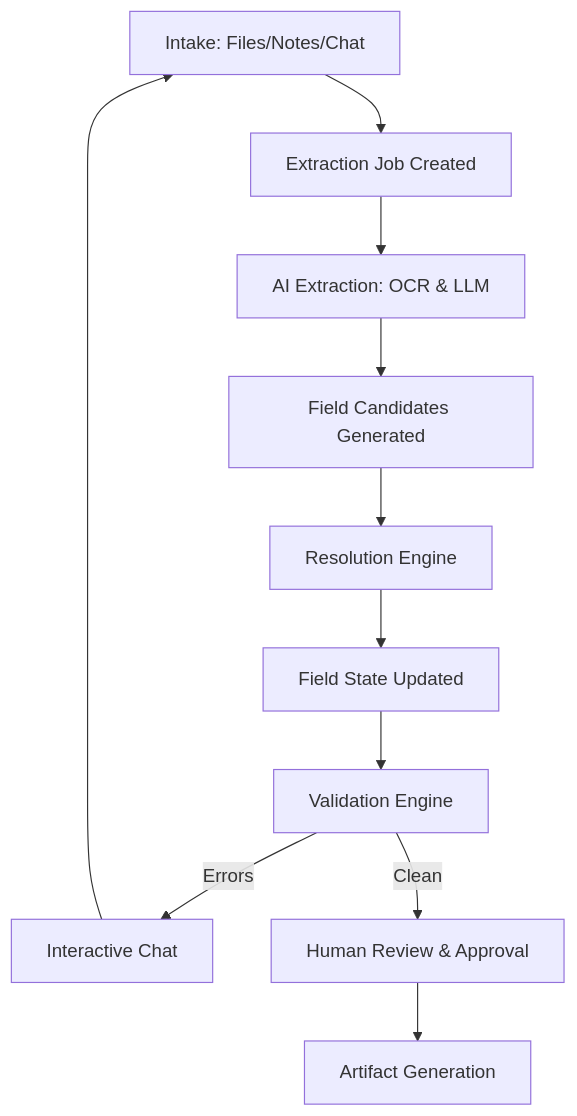
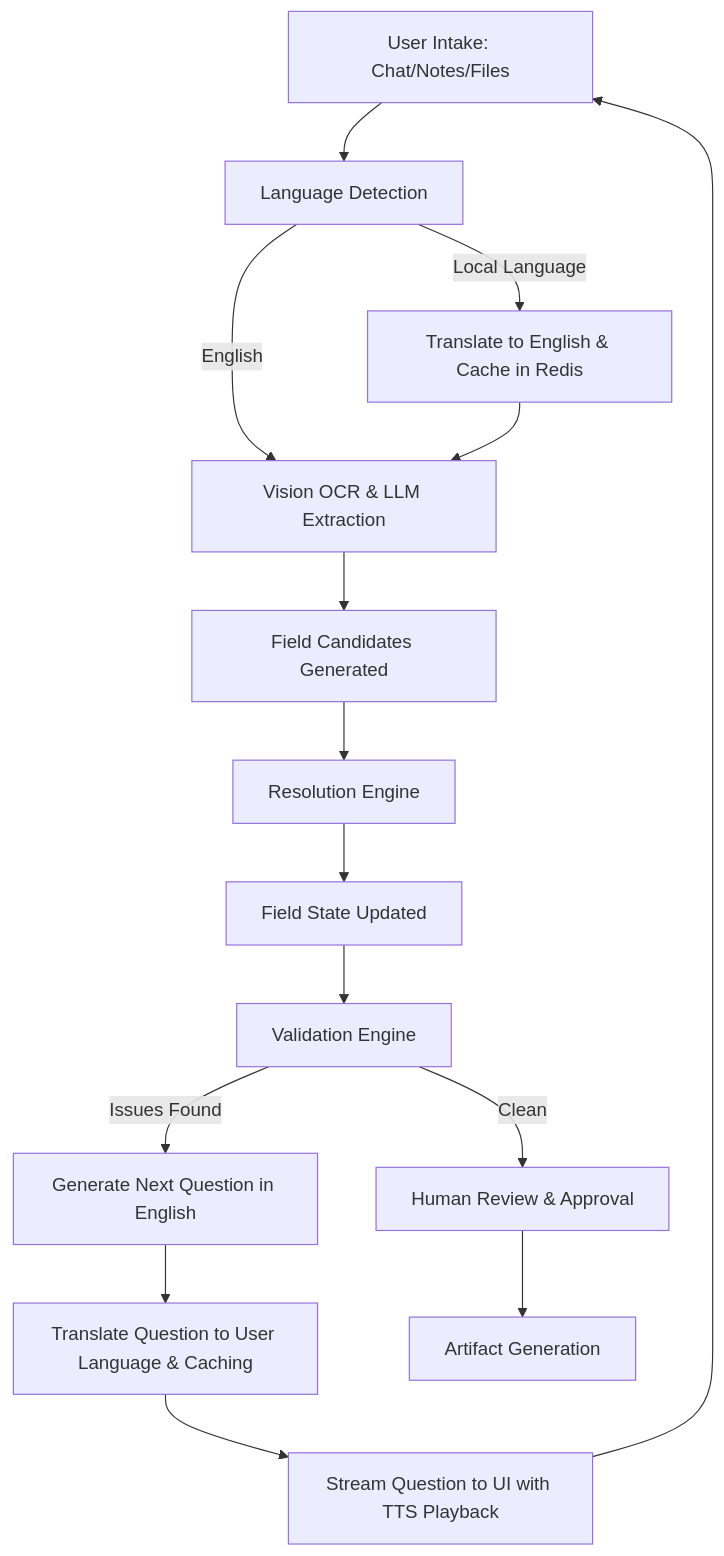
One commit to Hari31416/FormFoundry changed the diagram in docs/architecture/data-flow.md. Above: the diagram before and after it, drawn with Mermaid. The commit also changed other lines of this file and 12 other files, not shown here.

````diff
--- a/docs/architecture/data-flow.md
+++ b/docs/architecture/data-flow.md
@@ -9,15 +9,19 @@
 ```mermaid
 flowchart TD
-    Intake[Intake: Files/Notes/Chat] --> Job[Extraction Job Created]
-    Job --> Extraction[AI Extraction: OCR & LLM]
-    Extraction --> Candidates[Field Candidates Generated]
+    Intake[User Intake: Chat/Notes/Files] --> LangDetect[Language Detection]
+    LangDetect -- Local Language --> Translate[Translate to English & Cache in Redis]
+    LangDetect -- English --> OCR[Vision OCR & LLM Extraction]
+    Translate --> OCR
+    OCR --> Candidates[Field Candidates Generated]
     Candidates --> Resolution[Resolution Engine]
     Resolution --> FieldState[Field State Updated]
     FieldState --> Validation[Validation Engine]
 
-    Validation -- Errors --> Conversation[Interactive Chat]
+    Validation -- Issues Found --> GenQuestion[Generate Next Question in English]
+    GenQuestion --> OutTranslate[Translate Question to User Language & Caching]
+    OutTranslate --> Conversation[Stream Question to UI with TTS Playback]
     Conversation --> Intake
 
     Validation -- Clean --> Approval[Human Review & Approval]
     Approval --> Artifact[Artifact Generation]
 ```
````
